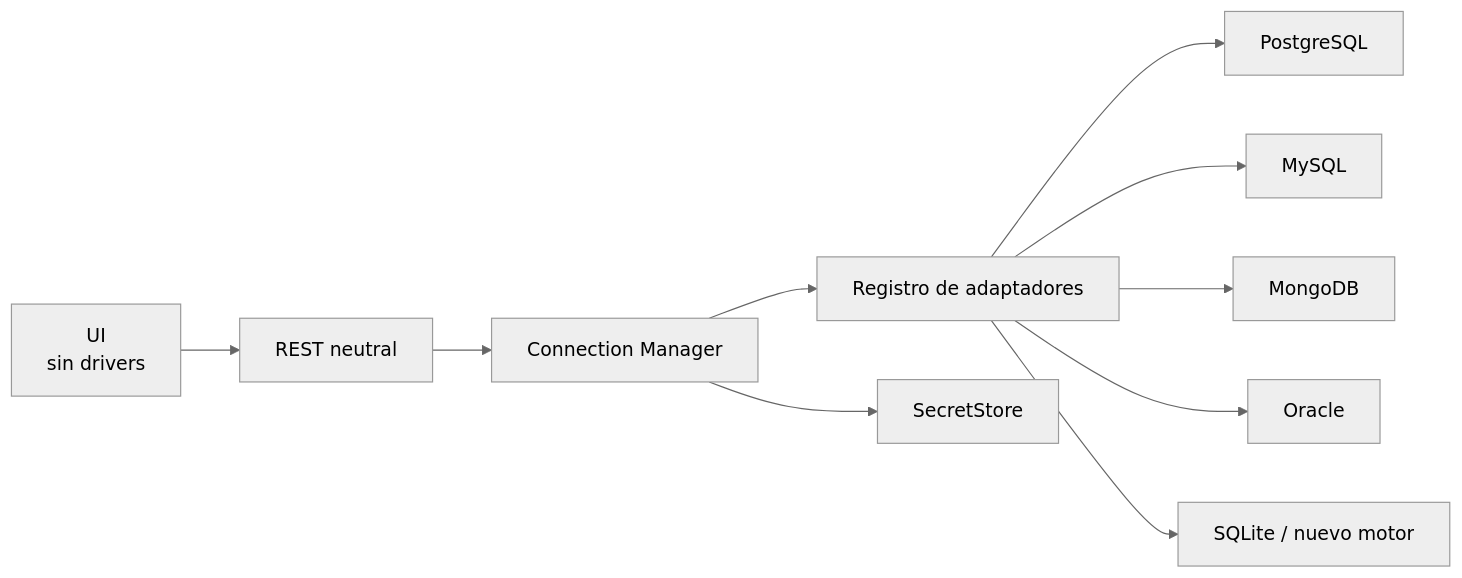
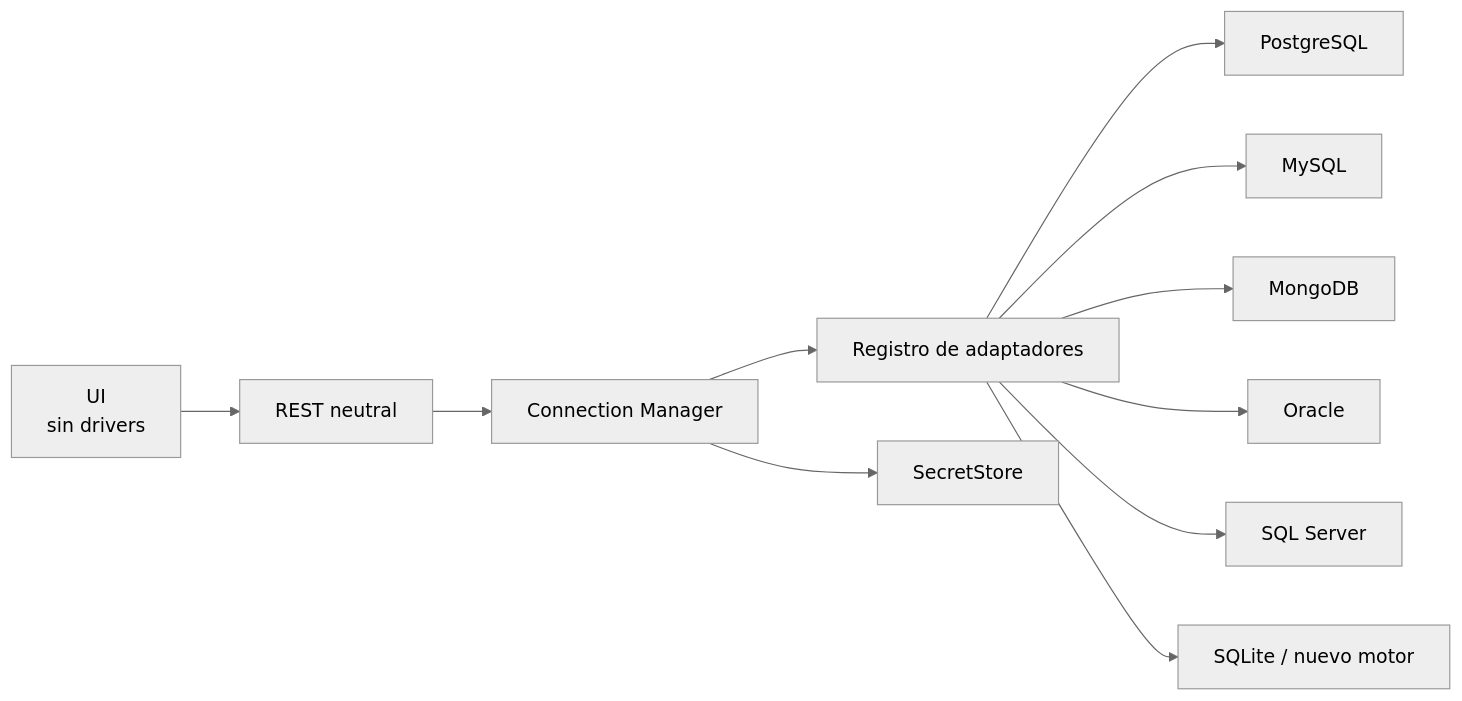
One commit to dfr2098/jaiva changed the first of 2 diagrams in docs/connection-manager.md. Above: the diagram before and after it, drawn with Mermaid (neutral theme). The commit also changed other lines of this file and 61 other files, not shown here.

````diff
--- a/docs/connection-manager.md
+++ b/docs/connection-manager.md
@@ -31,12 +32,13 @@
 ```mermaid
 flowchart LR
     UI["UI<br/>sin drivers"] --> API["REST neutral"]
     API --> CM["Connection Manager"]
     CM --> REG["Registro de adaptadores"]
     REG --> PG["PostgreSQL"]
     REG --> MY["MySQL"]
     REG --> MONGO["MongoDB"]
     REG --> ORA["Oracle"]
+    REG --> MSSQL["SQL Server"]
     REG --> NEW["SQLite / nuevo motor"]
     CM --> SEC["SecretStore"]
 ```
````
